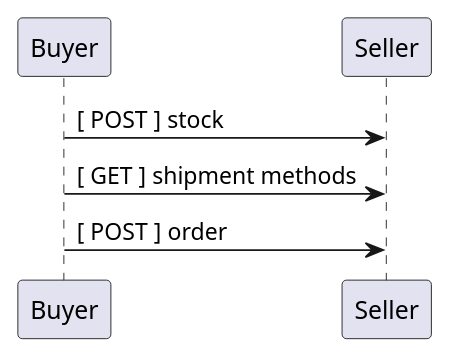
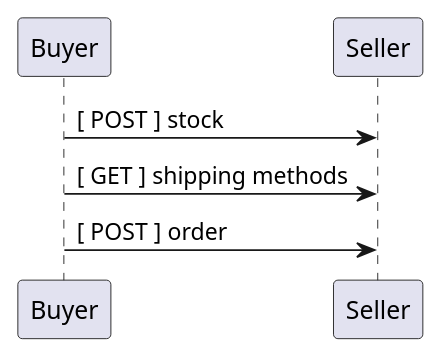
The fourth of 6 diagrams in overview.org (EciStg/order-placement), drawn with PlantUML before and after one commit. The commit also changed other lines of this file and 13 other files, not shown here.

```diff
--- a/overview.org
+++ b/overview.org
@@ -42,7 +42,7 @@
 #+BEGIN_SRC plantuml :file ./images/sequence-buyer2seller.puml.png :exports results
 @startuml sequence-buyer2seller.png
 Buyer -> Seller: [ POST ] stock
-Buyer -> Seller: [ GET ] shipment methods
+Buyer -> Seller: [ GET ] shipping methods
 Buyer -> Seller: [ POST ] order
 @enduml
 #+END_SRC
```
